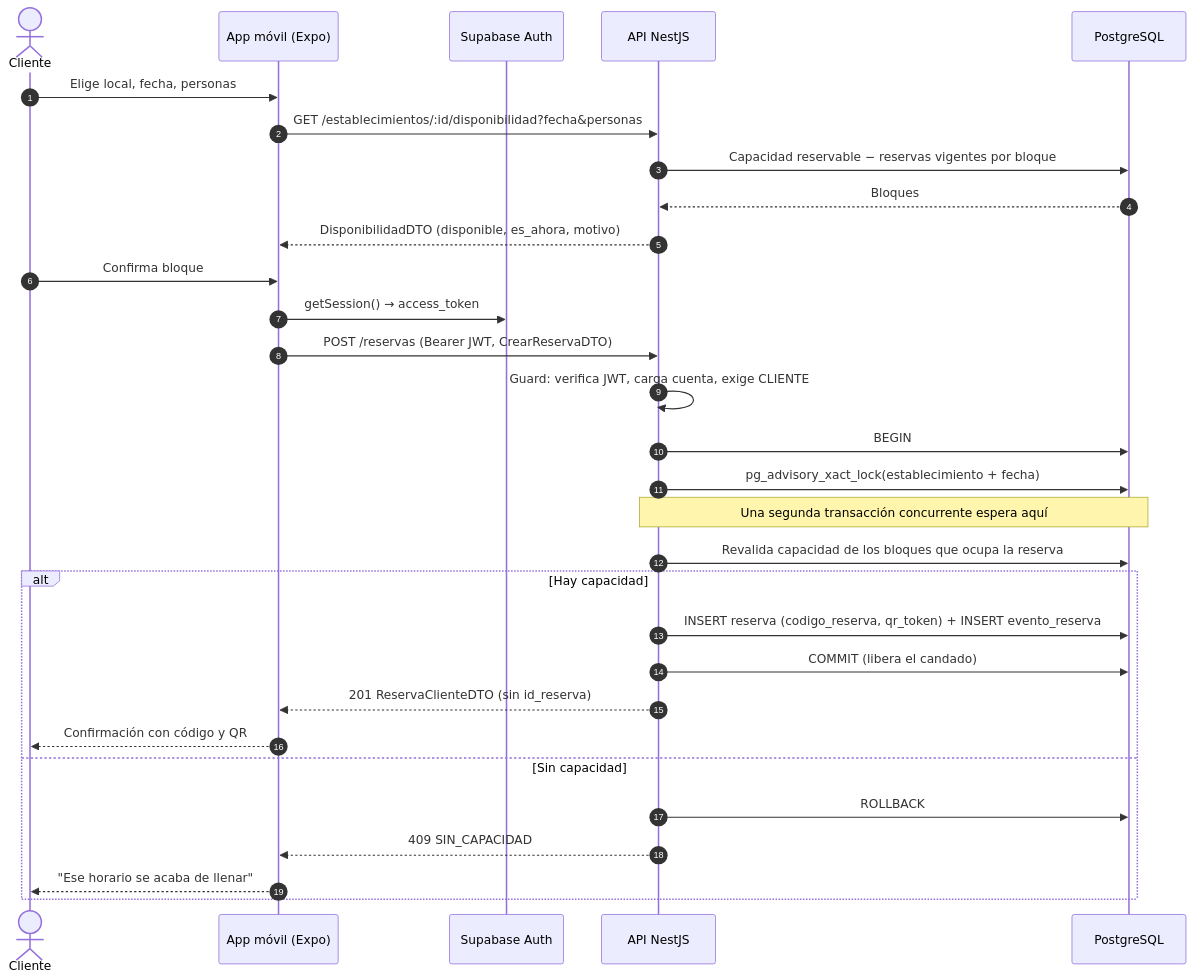
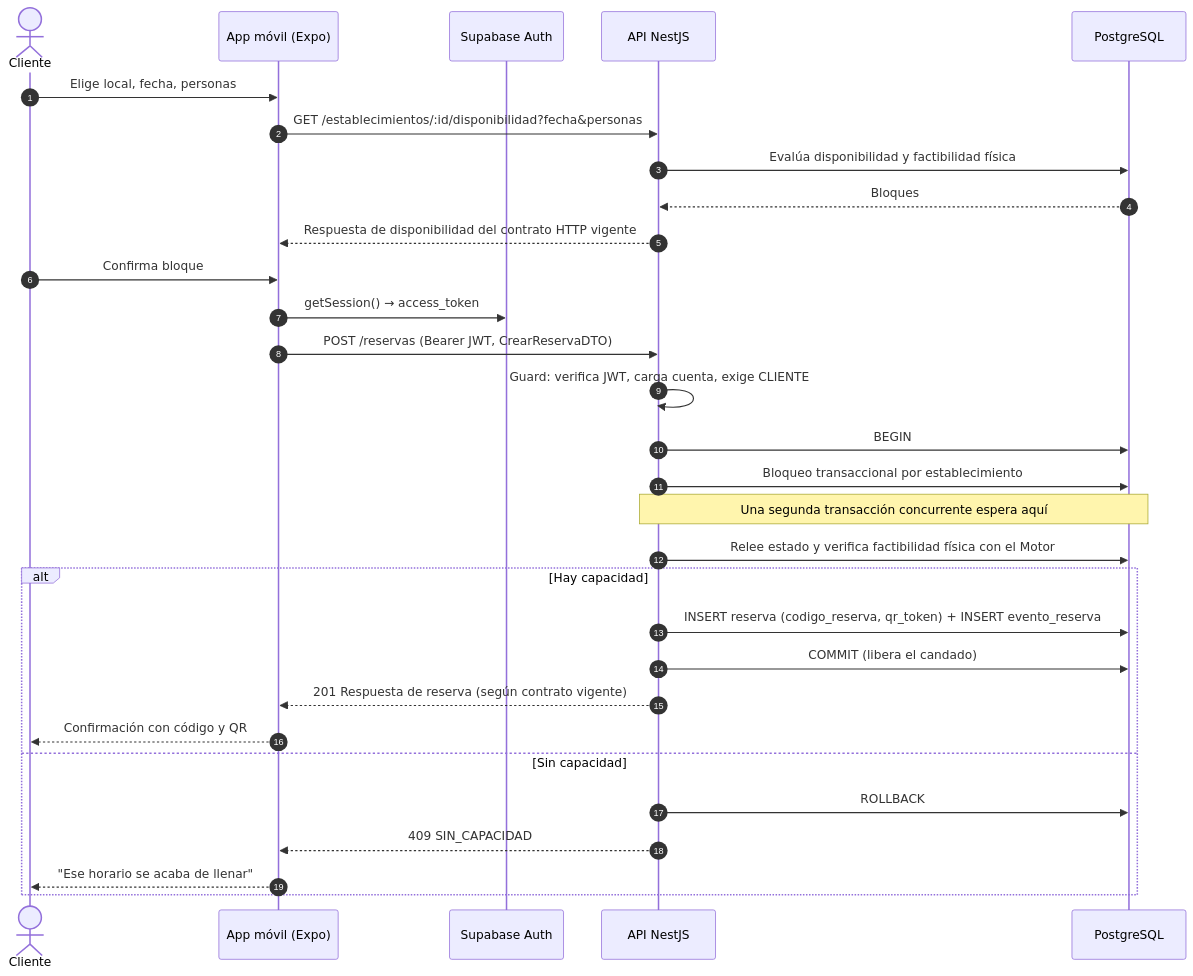
The fourth of 6 diagrams in FASE_2/Evidencias Proyecto/Evidencias de documentación/00BarMatchIA_MarcoAgil/05_diseno/03_uml.md (DanGodfray/Proyecto_Capstone_Barmatch), drawn with Mermaid before and after one commit. The commit also changed other lines of this file and 26 other files, not shown here.

````diff
--- a/FASE_2/Evidencias Proyecto/Evidencias de documentación/00BarMatchIA_MarcoAgil/05_diseno/03_uml.md
+++ b/FASE_2/Evidencias Proyecto/Evidencias de documentación/00BarMatchIA_MarcoAgil/05_diseno/03_uml.md
@@ -171,33 +173,33 @@
 ```mermaid
 sequenceDiagram
   autonumber
   actor C as Cliente
   participant APP as App móvil (Expo)
   participant AUTH as Supabase Auth
   participant API as API NestJS
   participant DB as PostgreSQL
 
   C->>APP: Elige local, fecha, personas
   APP->>API: GET /establecimientos/:id/disponibilidad?fecha&personas
-  API->>DB: Capacidad reservable − reservas vigentes por bloque
+  API->>DB: Evalúa disponibilidad y factibilidad física
   DB-->>API: Bloques
-  API-->>APP: DisponibilidadDTO (disponible, es_ahora, motivo)
+  API-->>APP: Respuesta de disponibilidad del contrato HTTP vigente
   C->>APP: Confirma bloque
   APP->>AUTH: getSession() → access_token
   APP->>API: POST /reservas (Bearer JWT, CrearReservaDTO)
   API->>API: Guard: verifica JWT, carga cuenta, exige CLIENTE
   API->>DB: BEGIN
-  API->>DB: pg_advisory_xact_lock(establecimiento + fecha)
+  API->>DB: Bloqueo transaccional por establecimiento
   Note over API,DB: Una segunda transacción concurrente espera aquí
-  API->>DB: Revalida capacidad de los bloques que ocupa la reserva
+  API->>DB: Relee estado y verifica factibilidad física con el Motor
   alt Hay capacidad
     API->>DB: INSERT reserva (codigo_reserva, qr_token) + INSERT evento_reserva
     API->>DB: COMMIT (libera el candado)
-    API-->>APP: 201 ReservaClienteDTO (sin id_reserva)
+    API-->>APP: 201 Respuesta de reserva (según contrato vigente)
     APP-->>C: Confirmación con código y QR
   else Sin capacidad
     API->>DB: ROLLBACK
     API-->>APP: 409 SIN_CAPACIDAD
     APP-->>C: "Ese horario se acaba de llenar"
   end
 ```
````
